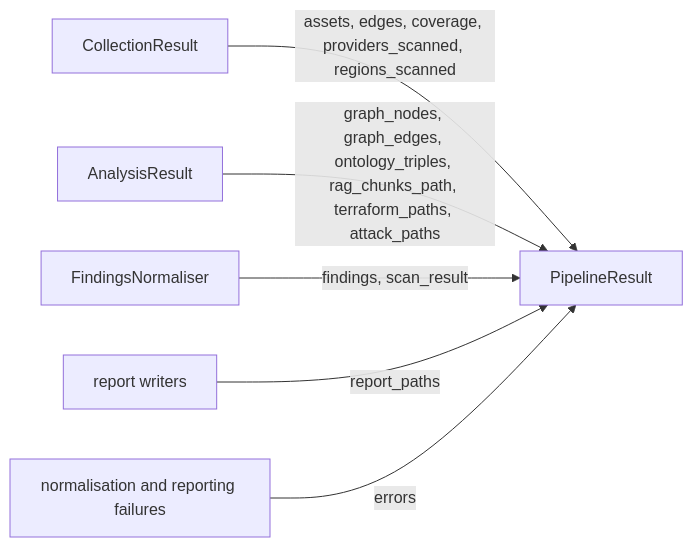
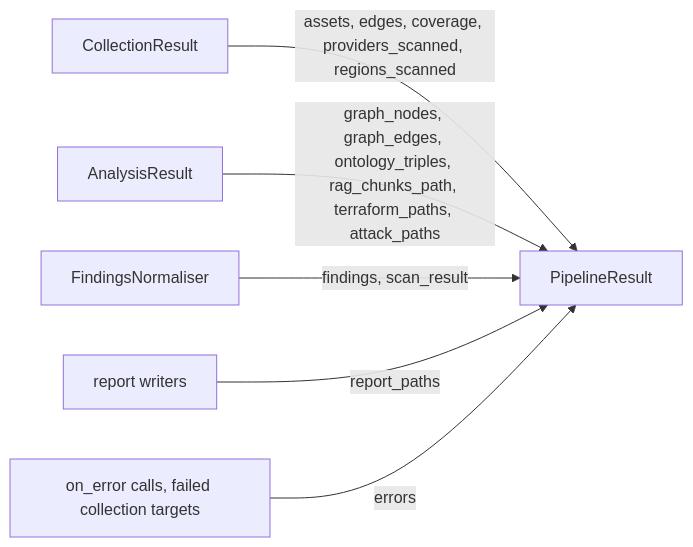
The diagram in site/content/api/results.md (morpheuslord/cloudg), drawn with Mermaid before and after one commit. The commit also changed other lines of this file and 51 other files, not shown here.

````diff
--- a/site/content/api/results.md
+++ b/site/content/api/results.md
@@ -24,8 +24,8 @@
 ```mermaid caption="Where each PipelineResult field comes from"
 flowchart LR
   C["CollectionResult"] -->|"assets, edges, coverage, providers_scanned, regions_scanned"| P["PipelineResult"]
   A["AnalysisResult"] -->|"graph_nodes, graph_edges, ontology_triples, rag_chunks_path, terraform_paths, attack_paths"| P
   N["FindingsNormaliser"] -->|"findings, scan_result"| P
   R["report writers"] -->|"report_paths"| P
-  E["normalisation and reporting failures"] -->|errors| P
+  E["on_error calls, failed collection targets"] -->|errors| P
 ```
````
